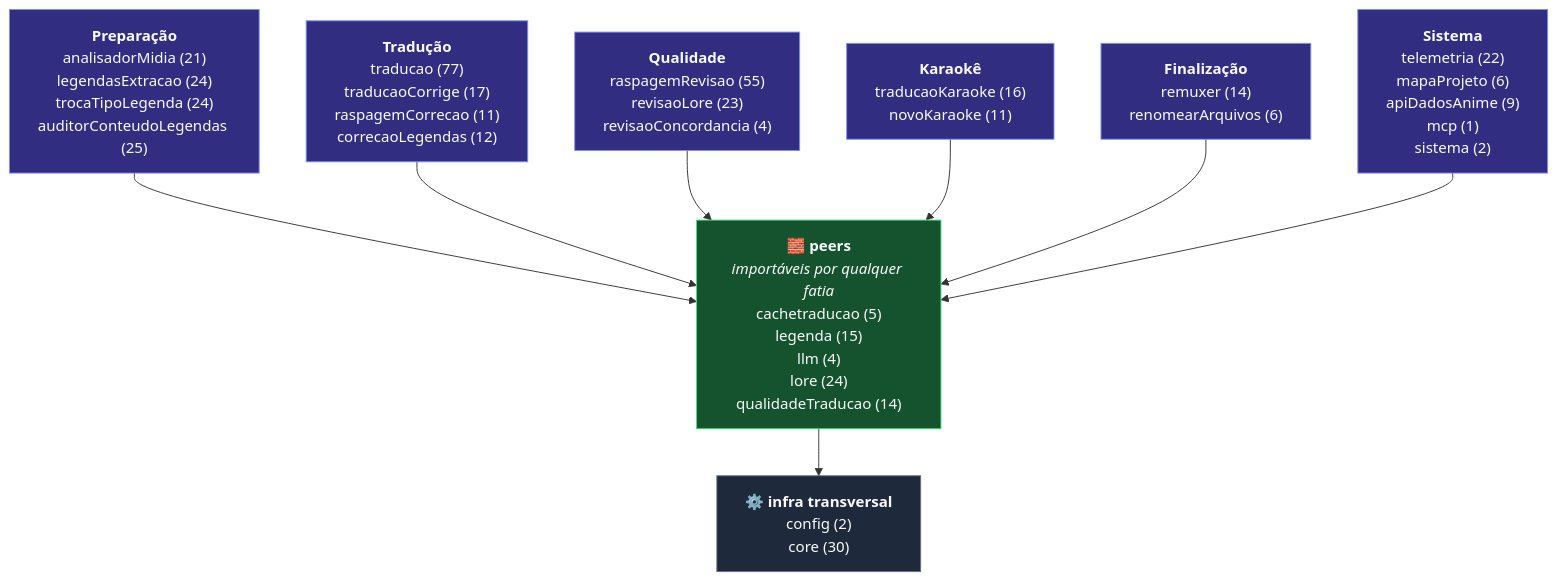
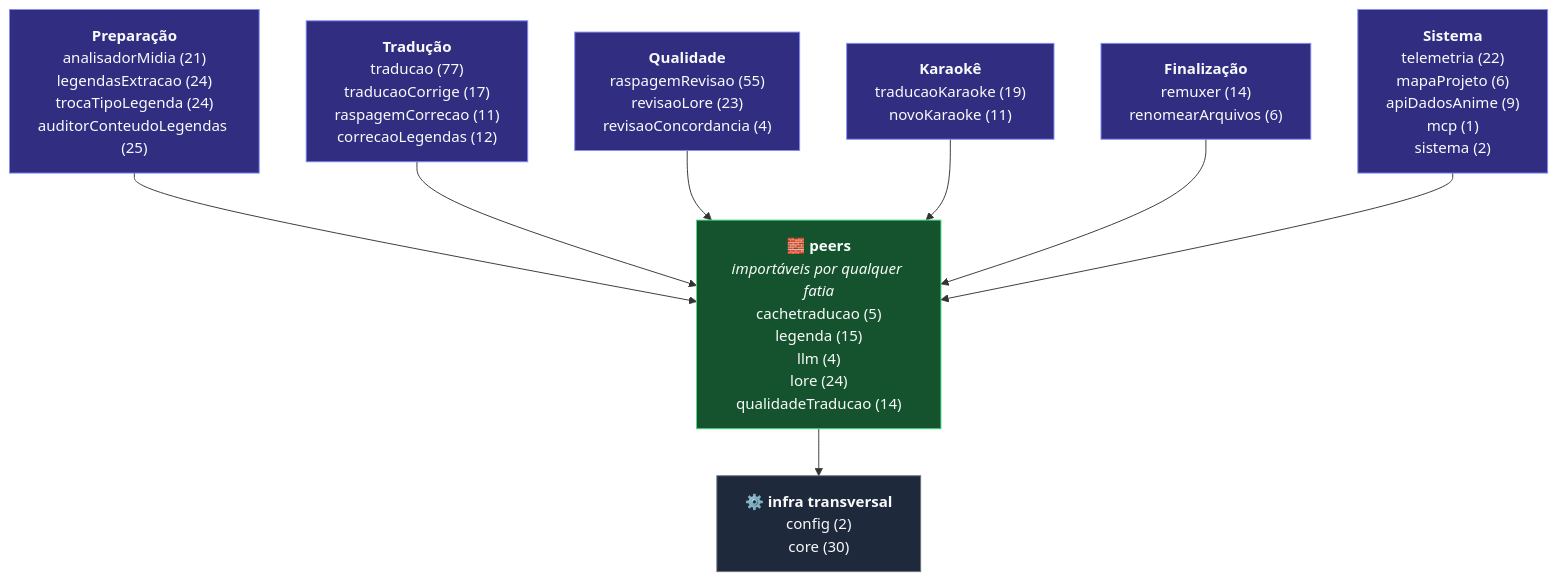
One commit to carmipa/traducao_animes_llm_local_quarkus-1 changed the diagram in docs/ref-esqueleto-projeto.md. Above: the diagram before and after it, drawn with Mermaid. The commit also changed other lines of this file and 6 other files, not shown here.

````diff
--- a/docs/ref-esqueleto-projeto.md
+++ b/docs/ref-esqueleto-projeto.md
@@ -36,21 +36,21 @@
 ```mermaid
 graph TB
     G0["<b>Preparação</b><br/>analisadorMidia (21)<br/>legendasExtracao (24)<br/>trocaTipoLegenda (24)<br/>auditorConteudoLegendas (25)"]:::fatia
     G1["<b>Tradução</b><br/>traducao (77)<br/>traducaoCorrige (17)<br/>raspagemCorrecao (11)<br/>correcaoLegendas (12)"]:::fatia
     G2["<b>Qualidade</b><br/>raspagemRevisao (55)<br/>revisaoLore (23)<br/>revisaoConcordancia (4)"]:::fatia
-    G3["<b>Karaokê</b><br/>traducaoKaraoke (16)<br/>novoKaraoke (11)"]:::fatia
+    G3["<b>Karaokê</b><br/>traducaoKaraoke (19)<br/>novoKaraoke (11)"]:::fatia
     G4["<b>Finalização</b><br/>remuxer (14)<br/>renomearArquivos (6)"]:::fatia
     G5["<b>Sistema</b><br/>telemetria (22)<br/>mapaProjeto (6)<br/>apiDadosAnime (9)<br/>mcp (1)<br/>sistema (2)"]:::fatia
     PEERS["<b>🧱 peers</b><br/><i>importáveis por qualquer fatia</i><br/>cachetraducao (5)<br/>legenda (15)<br/>llm (4)<br/>lore (24)<br/>qualidadeTraducao (14)"]:::peer
     BASE["<b>⚙️ infra transversal</b><br/>config (2)<br/>core (30)"]:::base
     G0 --> PEERS
     G1 --> PEERS
     G2 --> PEERS
     G3 --> PEERS
     G4 --> PEERS
     G5 --> PEERS
     PEERS --> BASE
     classDef fatia fill:#312e81,stroke:#818CF8,color:#F9FAFB
     classDef peer fill:#14532d,stroke:#4ADE80,color:#F9FAFB
     classDef base fill:#1e293b,stroke:#6B7280,color:#F9FAFB
 ```
````
